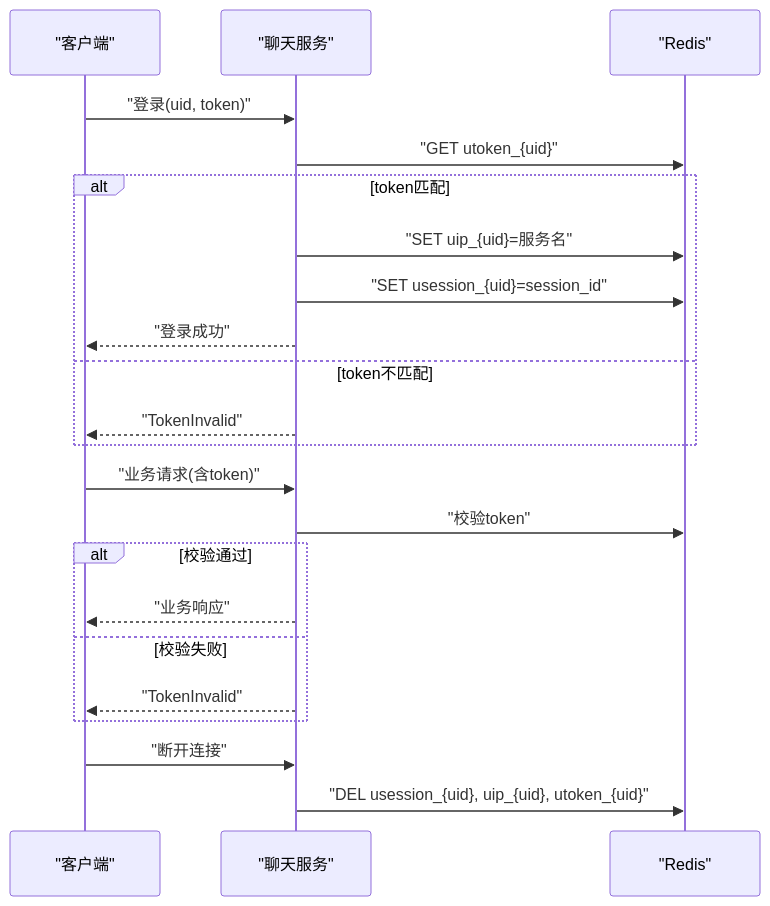
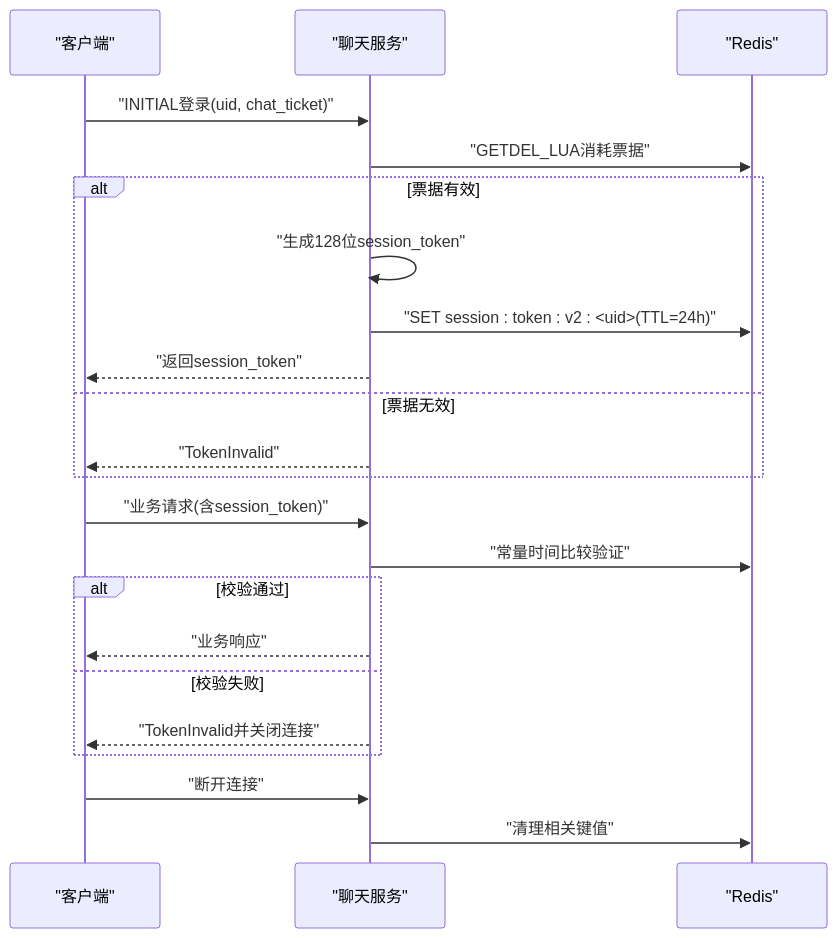
The eighth of 9 diagrams in .qoder/repowiki/zh/content/安全设计/数据安全保护/会话管理安全.md (echo9923/mychatter), drawn with Mermaid before and after one commit. The commit also changed other lines of this file and 107 other files, not shown here.

````diff
--- a/.qoder/repowiki/zh/content/安全设计/数据安全保护/会话管理安全.md
+++ b/.qoder/repowiki/zh/content/安全设计/数据安全保护/会话管理安全.md
@@ -266,24 +303,24 @@
 ```mermaid
 sequenceDiagram
 participant Client as "客户端"
 participant Chat as "聊天服务"
 participant Redis as "Redis"
-Client->>Chat : "登录(uid, token)"
-Chat->>Redis : "GET utoken_{uid}"
-alt token匹配
-Chat->>Redis : "SET uip_{uid}=服务名"
-Chat->>Redis : "SET usession_{uid}=session_id"
-Chat-->>Client : "登录成功"
-else token不匹配
+Client->>Chat : "INITIAL登录(uid, chat_ticket)"
+Chat->>Redis : "GETDEL_LUA消耗票据"
+alt 票据有效
+Chat->>Chat : "生成128位session_token"
+Chat->>Redis : "SET session : token : v2 : <uid>(TTL=24h)"
+Chat-->>Client : "返回session_token"
+else 票据无效
 Chat-->>Client : "TokenInvalid"
 end
-Client->>Chat : "业务请求(含token)"
-Chat->>Redis : "校验token"
+Client->>Chat : "业务请求(含session_token)"
+Chat->>Redis : "常量时间比较验证"
 alt 校验通过
 Chat-->>Client : "业务响应"
 else 校验失败
-Chat-->>Client : "TokenInvalid"
+Chat-->>Client : "TokenInvalid并关闭连接"
 end
 Client->>Chat : "断开连接"
-Chat->>Redis : "DEL usession_{uid}, uip_{uid}, utoken_{uid}"
+Chat->>Redis : "清理相关键值"
 ```
````
